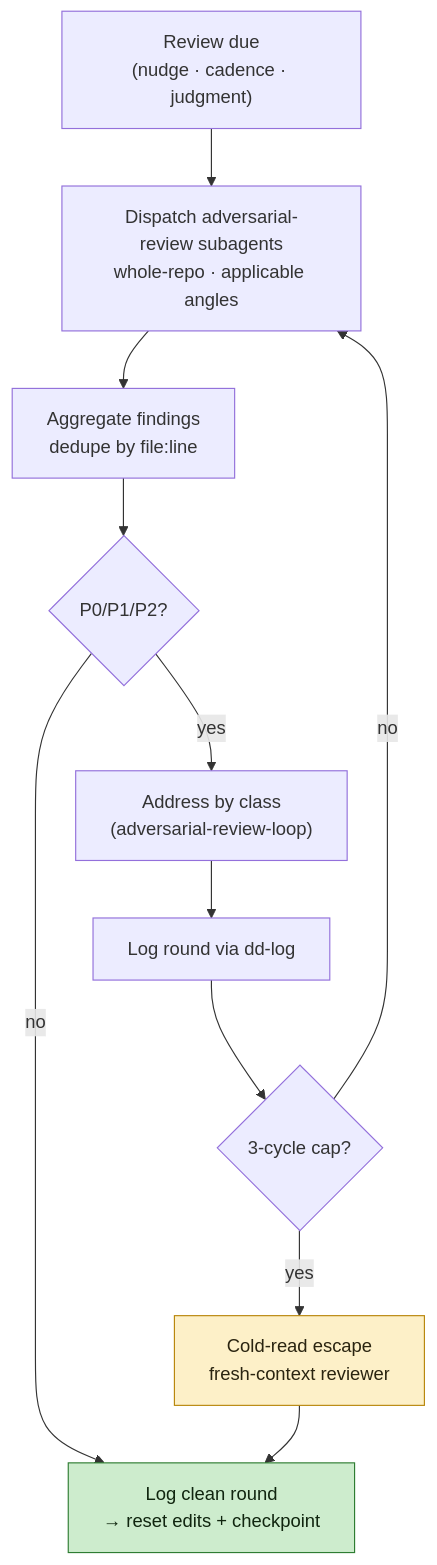
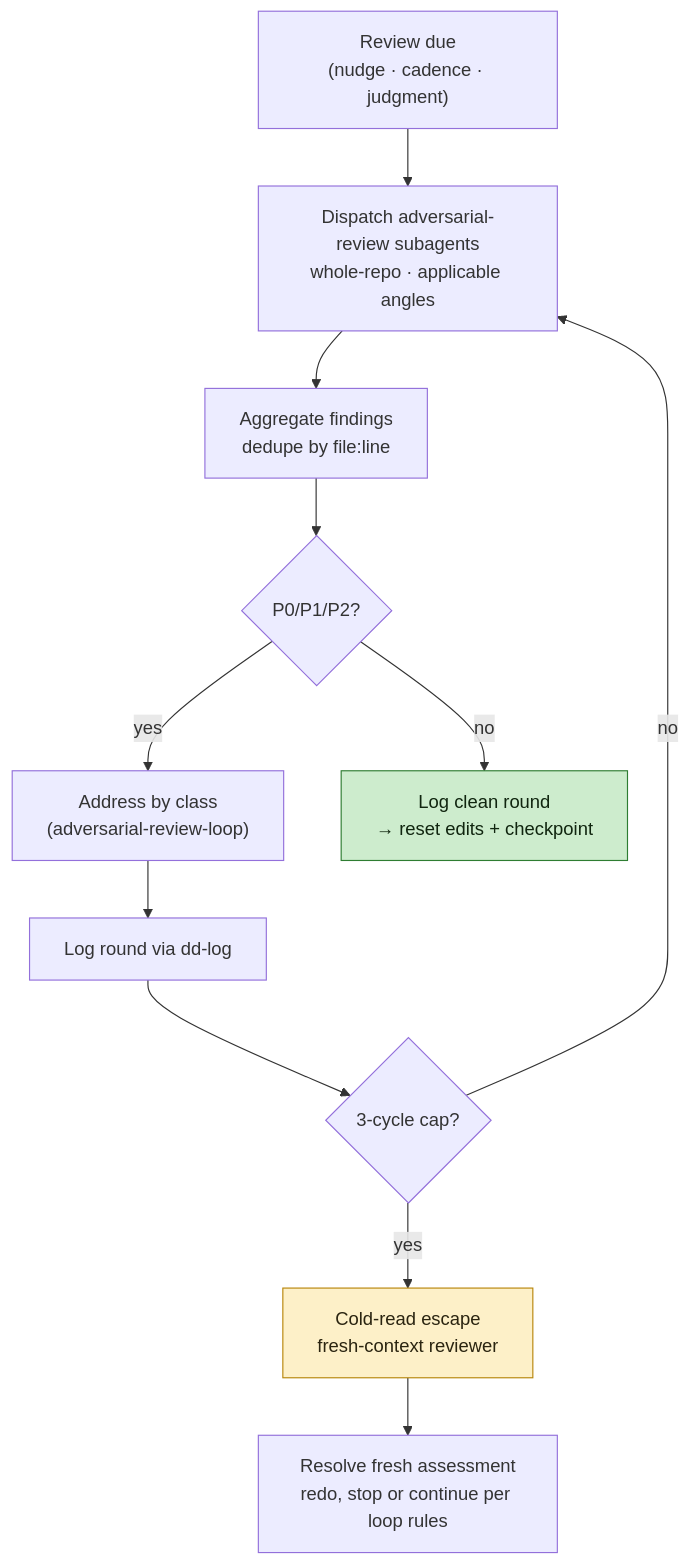
One commit to midris/disciplined-development-skills changed the fourth of 6 diagrams in ARCHITECTURE.md. Above: the diagram before and after it, drawn with Mermaid. The commit also changed other lines of this file and 15 other files, not shown here.

````diff
--- a/ARCHITECTURE.md
+++ b/ARCHITECTURE.md
@@ -192,17 +202,17 @@
 ```mermaid
 flowchart TD
     A["Review due<br/>(nudge · cadence · judgment)"] --> B["Dispatch adversarial-review subagents<br/>whole-repo · applicable angles"]
     B --> C["Aggregate findings<br/>dedupe by file:line"]
     C --> D{"P0/P1/P2?"}
     D -- yes --> E["Address by class<br/>(adversarial-review-loop)"]
     E --> F["Log round via dd-log"]
     F --> G{"3-cycle cap?"}
     G -- no --> B
     G -- yes --> H["Cold-read escape<br/>fresh-context reviewer"]
     D -- no --> I["Log clean round<br/>→ reset edits + checkpoint"]
-    H --> I
+    H --> J["Resolve fresh assessment<br/>redo, stop or continue per loop rules"]
     classDef safe fill:#cdeccd,stroke:#2e7d32,color:#10250f;
     classDef warn fill:#fdf0c8,stroke:#b8860b,color:#2a2410;
     class I safe
     class H warn
 ```
````
